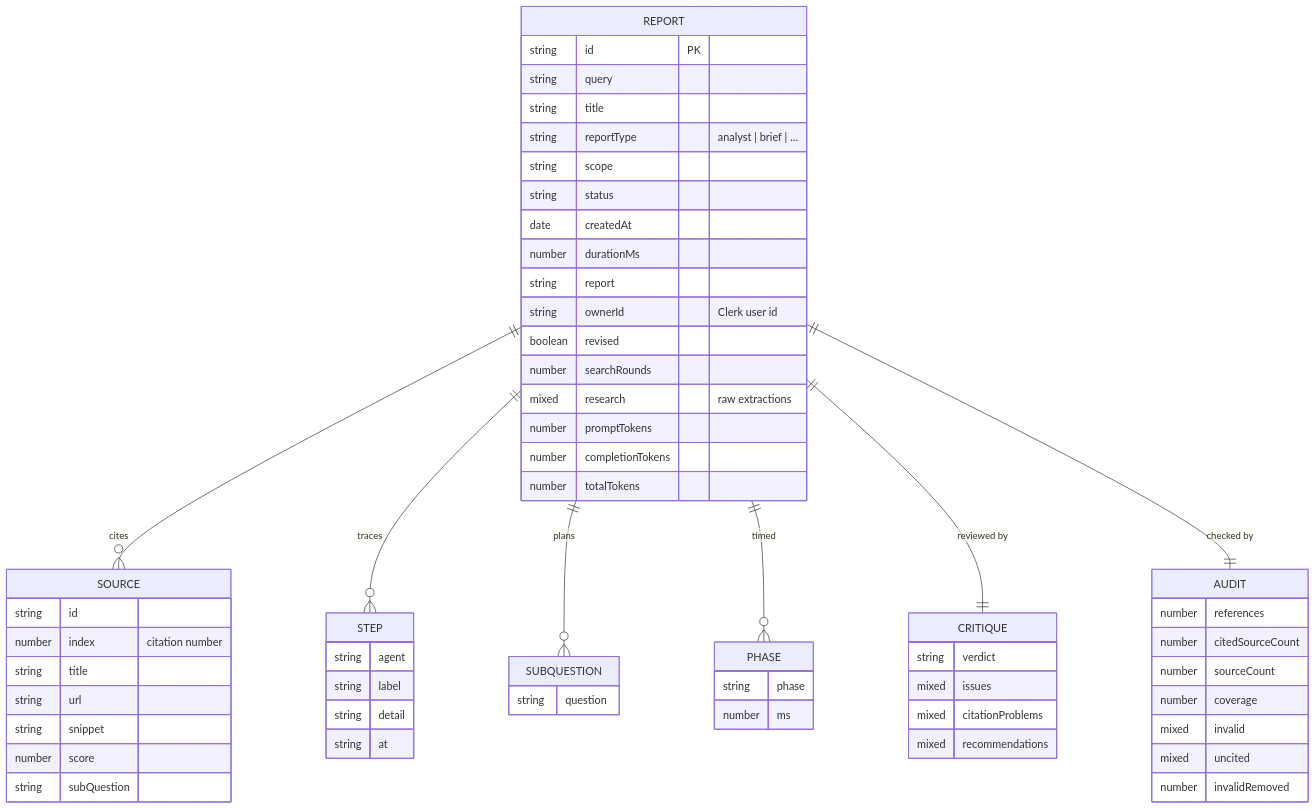
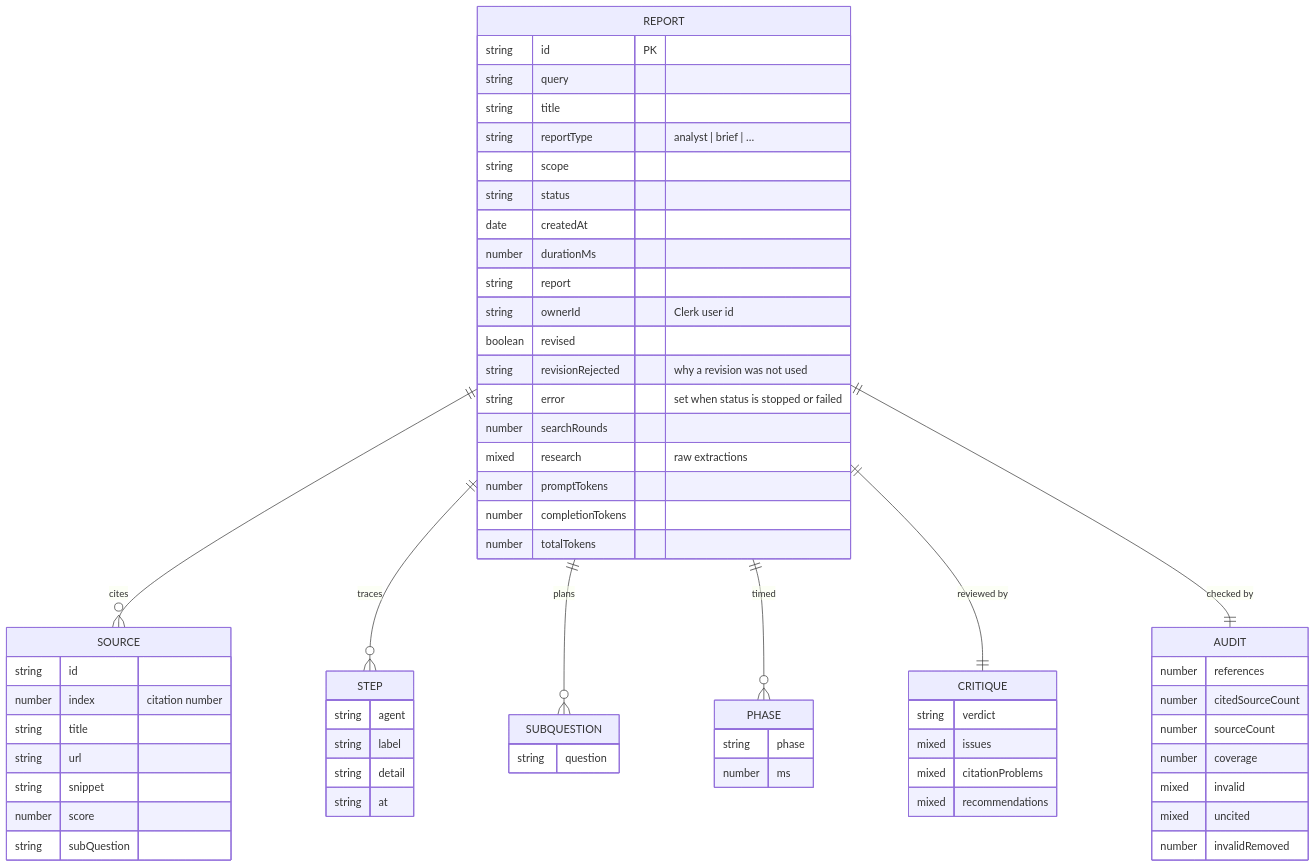
One commit to AlphaBeast97/deep-research-ai-platform changed the sixth of 7 diagrams in docs/backend.md. Above: the diagram before and after it, drawn with Mermaid. The commit also changed other lines of this file and 17 other files, not shown here.

````diff
--- a/docs/backend.md
+++ b/docs/backend.md
@@ -553,65 +553,67 @@
 ```mermaid
 erDiagram
     REPORT ||--o{ SOURCE : cites
     REPORT ||--o{ STEP : traces
     REPORT ||--o{ SUBQUESTION : plans
     REPORT ||--o{ PHASE : "timed"
     REPORT ||--|| CRITIQUE : "reviewed by"
     REPORT ||--|| AUDIT : "checked by"
 
     REPORT {
         string  id PK
         string  query
         string  title
         string  reportType "analyst | brief | …"
         string  scope
         string  status
         date    createdAt
         number  durationMs
         string  report
         string  ownerId "Clerk user id"
         boolean revised
+        string  revisionRejected "why a revision was not used"
+        string  error "set when status is stopped or failed"
         number  searchRounds
         mixed   research "raw extractions"
         number  promptTokens
         number  completionTokens
         number  totalTokens
     }
     CRITIQUE {
         string verdict
         mixed  issues
         mixed  citationProblems
         mixed  recommendations
     }
     AUDIT {
         number references
         number citedSourceCount
         number sourceCount
         number coverage
         mixed  invalid
         mixed  uncited
         number invalidRemoved
     }
     PHASE {
         string phase
         number ms
     }
     SOURCE {
         string id
         number index "citation number"
         string title
         string url
         string snippet
         number score
         string subQuestion
     }
     STEP {
         string agent
         string label
         string detail
         string at
     }
     SUBQUESTION {
         string question
     }
 ```
````
